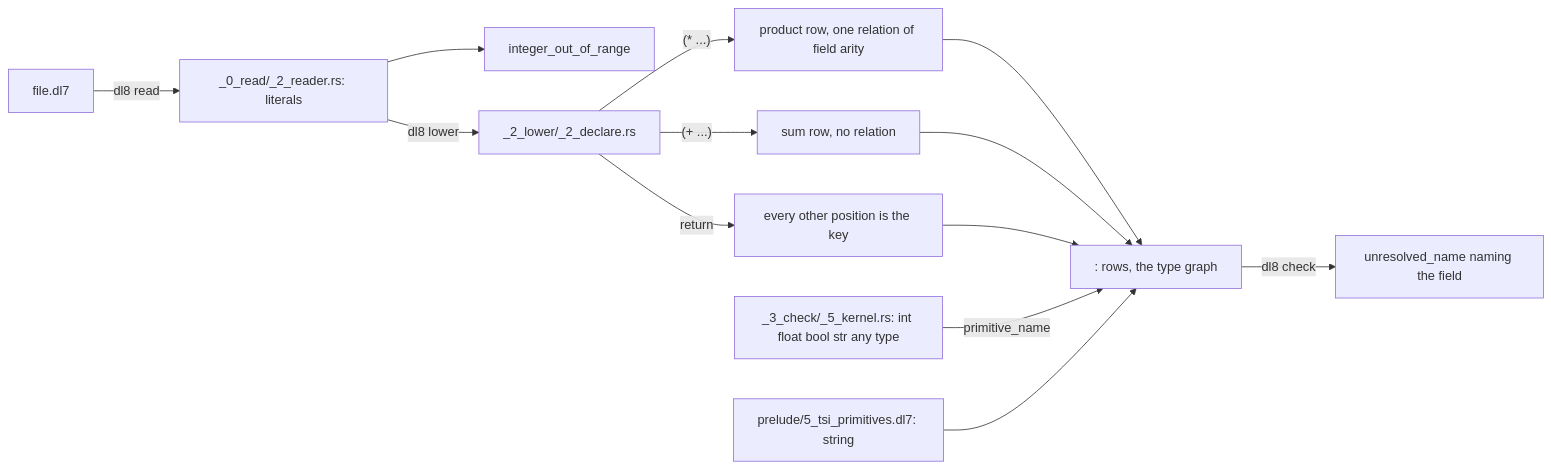
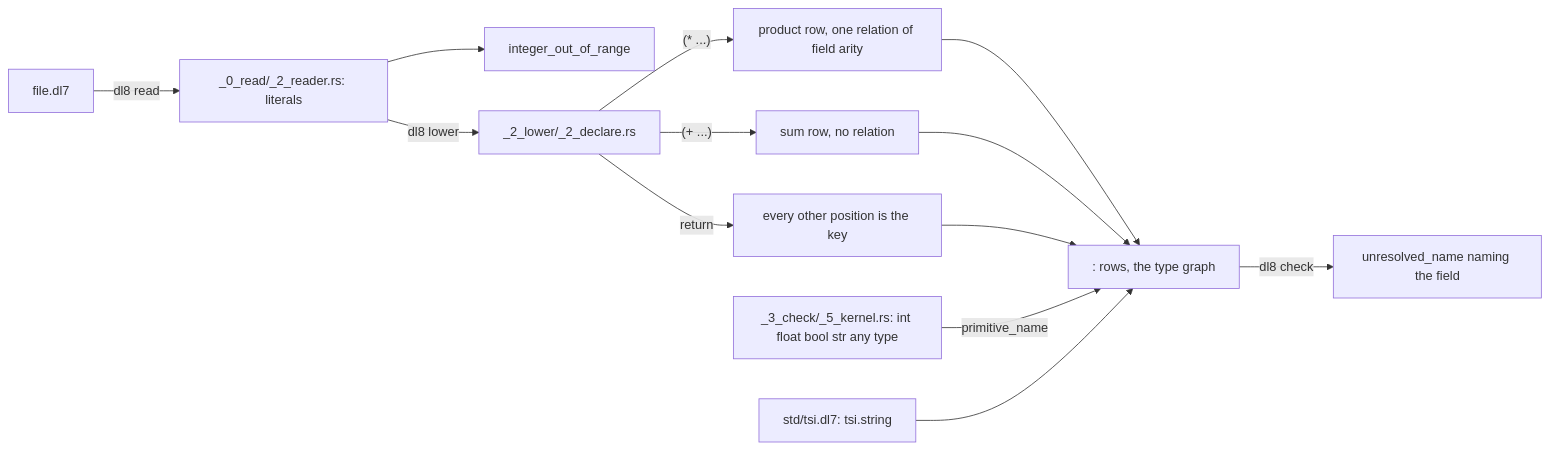
Before and after one commit to hafley66/sprefa: the diagram in book/src/2_declare.md, drawn with Mermaid. The commit also changed other lines of this file and 6 other files, not shown here.

First line of the commit message:
step 6: book and source cite std/tsi.dl7; str and bool outputs read the primitive

````diff
--- a/book/src/2_declare.md
+++ b/book/src/2_declare.md
@@ -5,15 +5,15 @@
 ```mermaid
 flowchart LR
   dl7[file.dl7] -->|dl8 read| reader[_0_read/_2_reader.rs: literals]
   reader --> range[integer_out_of_range]
   reader -->|dl8 lower| declare[_2_lower/_2_declare.rs]
   declare -->|"(* ...)"| product[product row, one relation of field arity]
   declare -->|"(+ ...)"| sum[sum row, no relation]
   declare -->|return| key[every other position is the key]
   product --> colon[: rows, the type graph]
   sum --> colon
   key --> colon
   prim[_3_check/_5_kernel.rs: int float bool str any type] -->|primitive_name| colon
-  prelude[prelude/5_tsi_primitives.dl7: string] --> colon
+  tsi[std/tsi.dl7: tsi.string] --> colon
   colon -->|dl8 check| unresolved[unresolved_name naming the field]
 ```
````
